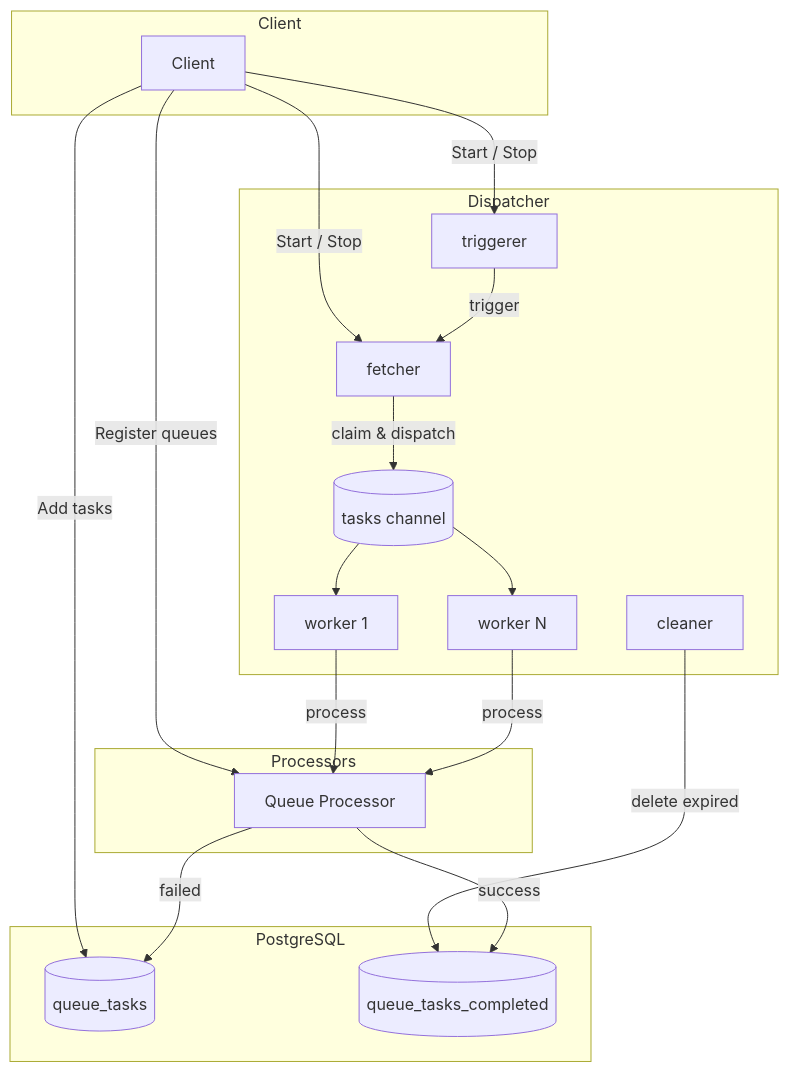
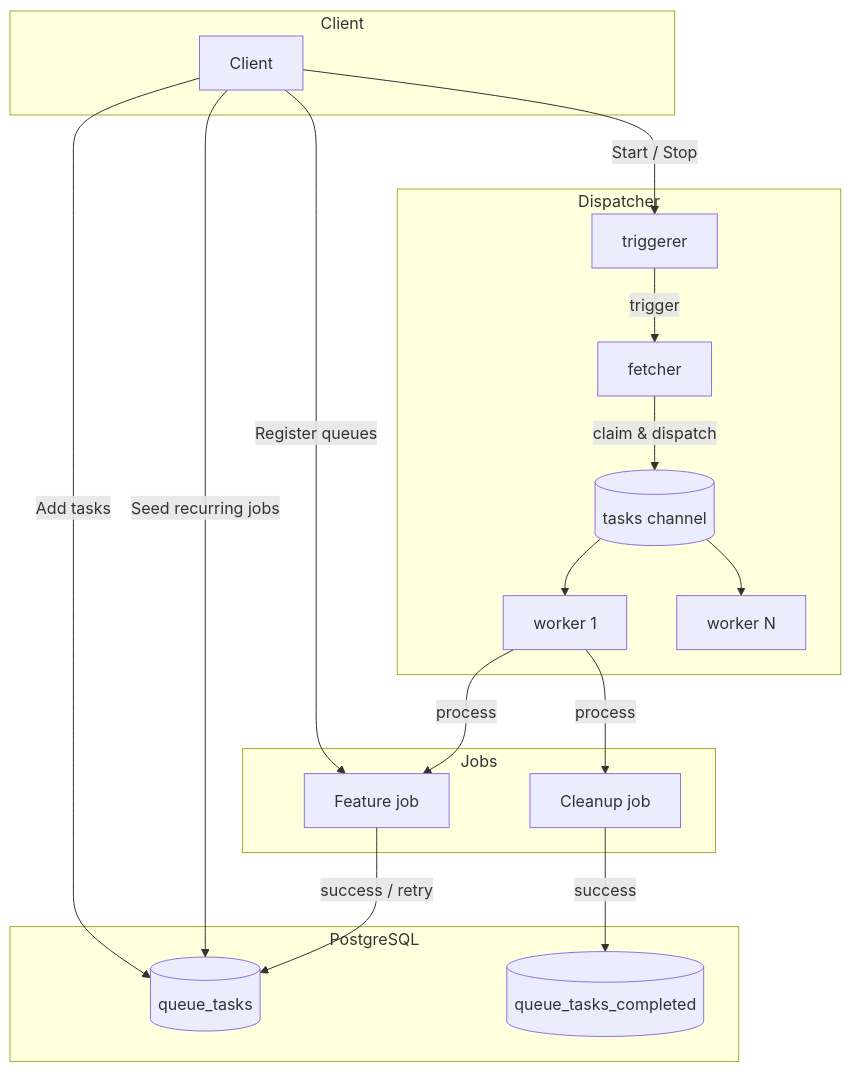
Before and after one commit to riipandi/tango: the diagram in internal/queue/README.md, drawn with Mermaid. The commit also changed other lines of this file and 22 other files, not shown here.

Commit message:
feat(queue): port the backlite task engine to postgres with jobs in internal/jobs

````diff
--- a/internal/queue/README.md
+++ b/internal/queue/README.md
@@ -28,39 +29,38 @@
 ```mermaid
 flowchart TB
     subgraph Client
         C[Client]
     end
 
     subgraph Dispatcher
         T[triggerer]
         F[fetcher]
-        CL[cleaner]
         CH[(tasks channel)]
         W1[worker 1]
         WN[worker N]
     end
 
     subgraph PostgreSQL
         QT[(queue_tasks)]
         QTC[(queue_tasks_completed)]
     end
 
-    subgraph Processors
-        P1[Queue Processor]
+    subgraph Jobs
+        P1[Cleanup job]
+        P2[Feature job]
     end
 
-    C -->|Register queues| P1
+    C -->|Register queues| P2
     C -->|Add tasks| QT
     C -->|Start / Stop| T
-    C -->|Start / Stop| F
+    C -->|Seed recurring jobs| QT
 
     T -->|trigger| F
     F -->|claim & dispatch| CH
-    CL -->|delete expired| QTC
     CH --> W1
     CH --> WN
     W1 -->|process| P1
-    WN -->|process| P1
+    W1 -->|process| P2
     P1 -->|success| QTC
-    P1 -->|failed| QT
+    P2 -->|success / retry| QT
 ```
````
